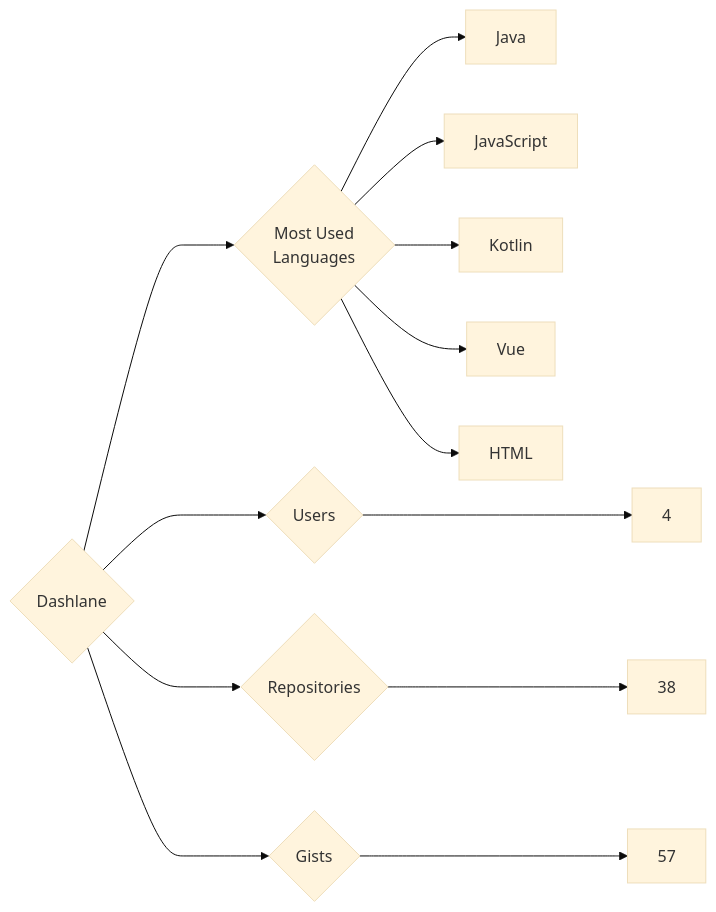
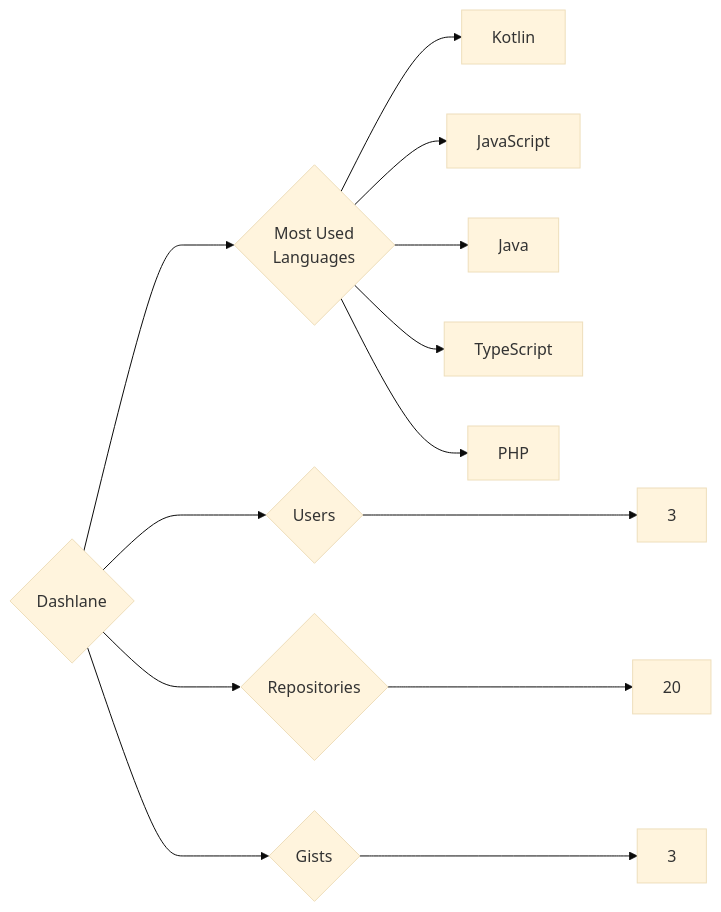
The diagram in targets/Dashlane/README.md (trickest/insiders), drawn with Mermaid (base theme) before and after one commit. The commit also changed 1123 other files, not shown here.

````diff
--- a/targets/Dashlane/README.md
+++ b/targets/Dashlane/README.md
@@ -3,13 +3,13 @@
 ```mermaid
 graph LR
 COMPANY_NAME{Dashlane}
-COMPANY_NAME ---> U{Users} ---> UN[4]
-COMPANY_NAME ---> R{Repositories} ---> RN[38]
-COMPANY_NAME ---> G{Gists} ---> GN[57]
+COMPANY_NAME ---> U{Users} ---> UN[3]
+COMPANY_NAME ---> R{Repositories} ---> RN[20]
+COMPANY_NAME ---> G{Gists} ---> GN[3]
 COMPANY_NAME ---> ML{Most Used<br>Languages}
+ML --> Kotlin[Kotlin]
+ML --> JavaScript[JavaScript]
 ML --> Java[Java]
-ML --> JavaScript[JavaScript]
-ML --> Kotlin[Kotlin]
-ML --> Vue[Vue]
-ML --> HTML[HTML]
+ML --> TypeScript[TypeScript]
+ML --> PHP[PHP]
 ```
````
